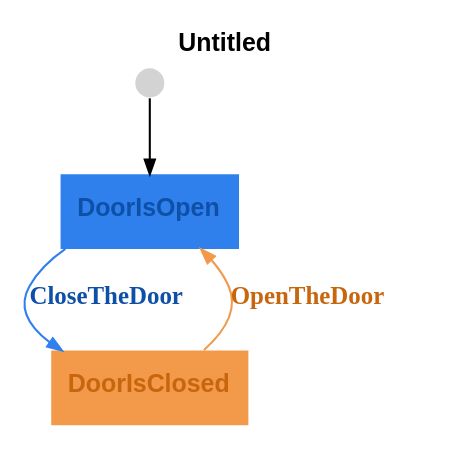
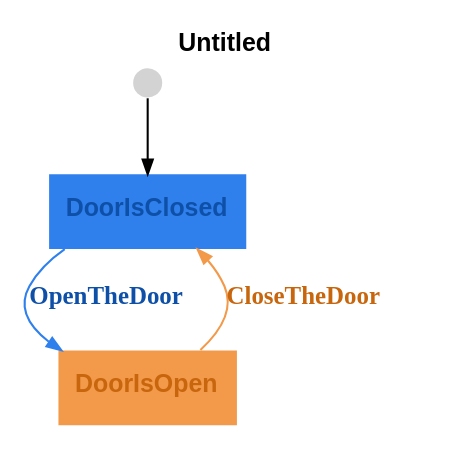
Before and after one commit to m-bock/purescript-transit: the diagram in graphs/door-graph.dot, drawn with Graphviz. The commit also changed 5 other files, not shown here.

```diff
--- a/graphs/door-graph.dot
+++ b/graphs/door-graph.dot
@@ -1,10 +1,10 @@
 digraph 
 {
 rankdir = "TD";fontname = "Arial";label = <<b>Untitled</b>>;labelloc = "t";fontsize = 12
-DoorIsOpen [shape = "box", label = <<b>DoorIsOpen</b>>, fontsize = 12, style = "filled", fillcolor = "#2f80ed", fontcolor = "#0e50a8", fontname = "Arial", labelloc = "c", penwidth = 0.0]
+DoorIsClosed [shape = "box", label = <<b>DoorIsClosed</b>>, fontsize = 12, style = "filled", fillcolor = "#2f80ed", fontcolor = "#0e50a8", fontname = "Arial", labelloc = "c", penwidth = 0.0]
 __Start__ [shape = "circle", label = "", width = 0.2, height = 0.2, fixedsize = true, style = "filled", penwidth = 0.0]
-__Start__ -> DoorIsOpen [arrowsize = "0.7"]
-DoorIsOpen -> DoorIsClosed [label = <<b>CloseTheDoor</b>>, fontcolor = "#0e50a8", color = "#2f80ed", fontsize = 12, arrowsize = "0.7"]
-DoorIsClosed [shape = "box", label = <<b>DoorIsClosed</b>>, fontsize = 12, style = "filled", fillcolor = "#f2994a", fontcolor = "#c8660e", fontname = "Arial", labelloc = "c", penwidth = 0.0]
-DoorIsClosed -> DoorIsOpen [label = <<b>OpenTheDoor</b>>, fontcolor = "#c8660e", color = "#f2994a", fontsize = 12, arrowsize = "0.7"]
+__Start__ -> DoorIsClosed [arrowsize = "0.7"]
+DoorIsClosed -> DoorIsOpen [label = <<b>OpenTheDoor</b>>, fontcolor = "#0e50a8", color = "#2f80ed", fontsize = 12, arrowsize = "0.7"]
+DoorIsOpen [shape = "box", label = <<b>DoorIsOpen</b>>, fontsize = 12, style = "filled", fillcolor = "#f2994a", fontcolor = "#c8660e", fontname = "Arial", labelloc = "c", penwidth = 0.0]
+DoorIsOpen -> DoorIsClosed [label = <<b>CloseTheDoor</b>>, fontcolor = "#c8660e", color = "#f2994a", fontsize = 12, arrowsize = "0.7"]
 }
```
